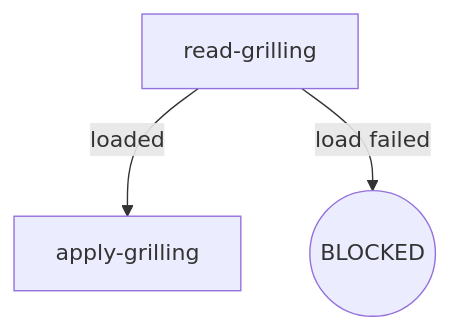
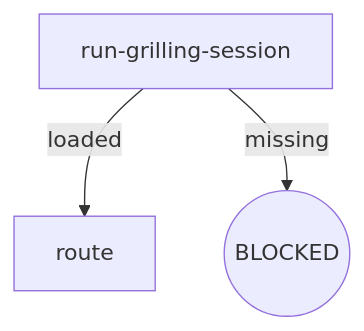
The diagram in docs/maintainers/skill-authoring.md (Oscaner/skills), drawn with Mermaid before and after one commit. The commit also changed other lines of this file and 7 other files, not shown here.

````diff
--- a/docs/maintainers/skill-authoring.md
+++ b/docs/maintainers/skill-authoring.md
@@ -61,5 +61,5 @@
 ```mermaid
 flowchart TD
-  A[read-grilling] -->|loaded| B[apply-grilling]
-  A -->|load failed| Z((BLOCKED))
+  A[run-grilling-session] -->|loaded| B[route]
+  A -->|missing| Z((BLOCKED))
 ```
````
